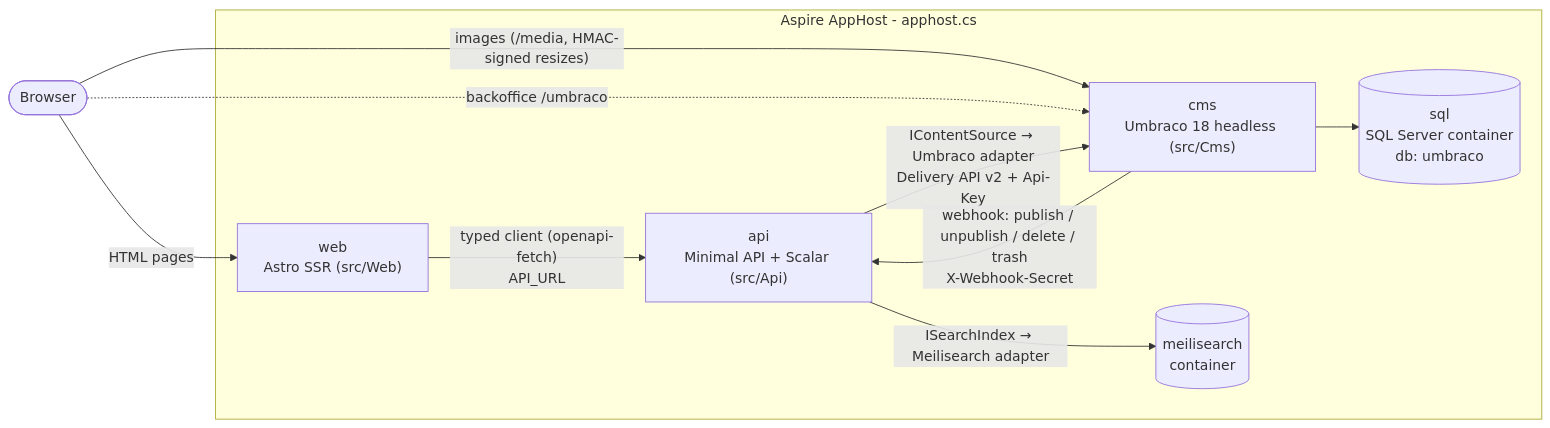
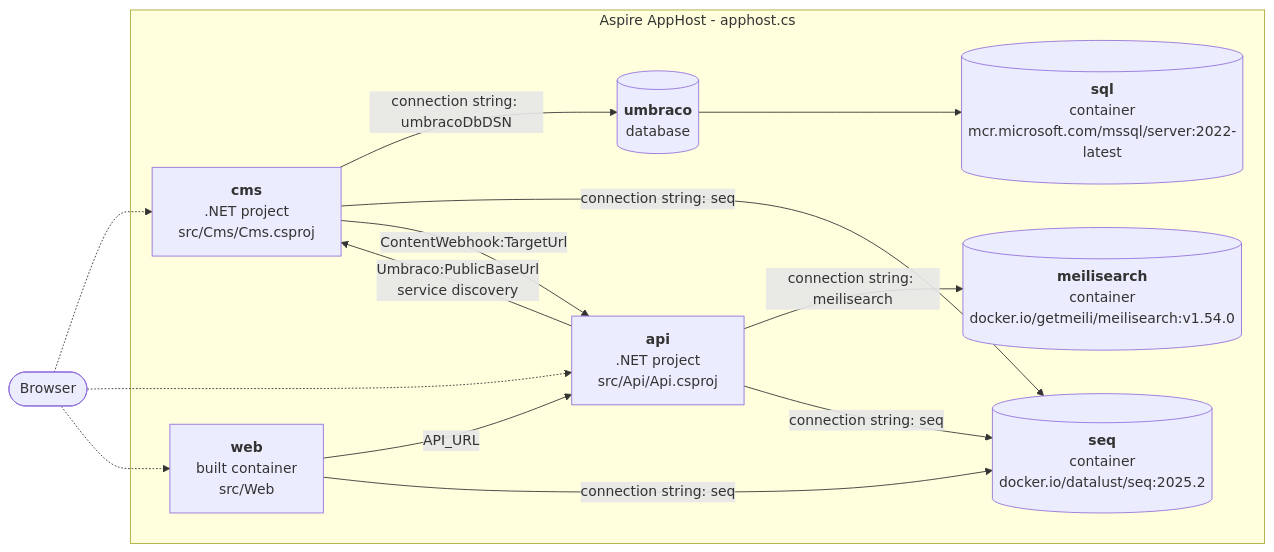
The diagram in README.md (Snipon/aspire-mess-starter), drawn with Mermaid before and after one commit. The commit also changed other lines of this file and 11 other files, not shown here.

````diff
--- a/README.md
+++ b/README.md
@@ -10,21 +13,27 @@
 ```mermaid
 flowchart LR
     browser([Browser])
 
-    subgraph aspire[Aspire AppHost - apphost.cs]
-        web["web<br/>Astro SSR (src/Web)"]
-        api["api<br/>Minimal API + Scalar (src/Api)"]
-        cms["cms<br/>Umbraco 18 headless (src/Cms)"]
-        meili[("meilisearch<br/>container")]
-        sql[("sql<br/>SQL Server container<br/>db: umbraco")]
+    subgraph apphost[Aspire AppHost - apphost.cs]
+        sql[("<b>sql</b><br/>container<br/>mcr.microsoft.com/mssql/server:2022-latest")]
+        umbraco[("<b>umbraco</b><br/>database")]
+        meilisearch[("<b>meilisearch</b><br/>container<br/>docker.io/getmeili/meilisearch:v1.54.0")]
+        seq[("<b>seq</b><br/>container<br/>docker.io/datalust/seq:2025.2")]
+        cms["<b>cms</b><br/>.NET project<br/>src/Cms/Cms.csproj"]
+        api["<b>api</b><br/>.NET project<br/>src/Api/Api.csproj"]
+        web["<b>web</b><br/>built container<br/>src/Web"]
     end
 
-    browser -- "HTML pages" --> web
-    browser -- "images (/media, HMAC-signed resizes)" --> cms
-    browser -. "backoffice /umbraco" .-> cms
-    web -- "typed client (openapi-fetch)<br/>API_URL" --> api
-    api -- "IContentSource → Umbraco adapter<br/>Delivery API v2 + Api-Key" --> cms
-    api -- "ISearchIndex → Meilisearch adapter" --> meili
-    cms -- "webhook: publish / unpublish / delete / trash<br/>X-Webhook-Secret" --> api
-    cms --> sql
+    browser -.-> cms
+    browser -.-> api
+    browser -.-> web
+    umbraco --> sql
+    cms -- "connection string: umbracoDbDSN" --> umbraco
+    cms -- "connection string: seq" --> seq
+    cms -- "ContentWebhook:TargetUrl" --> api
+    api -- "Umbraco:PublicBaseUrl<br/>service discovery" --> cms
+    api -- "connection string: meilisearch" --> meilisearch
+    api -- "connection string: seq" --> seq
+    web -- "API_URL" --> api
+    web -- "connection string: seq" --> seq
 ```
````
